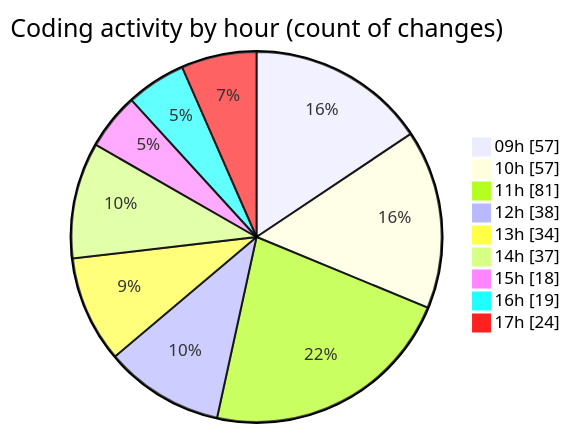
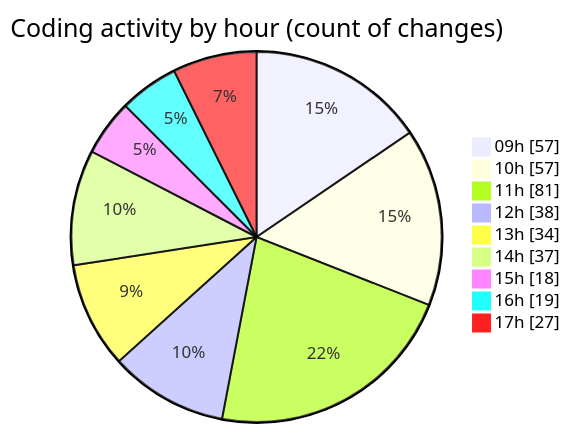
Before and after one commit to momahboobian/code-tracking: the second of 2 diagrams in 2025-09-19/cda/README.md, drawn with Mermaid. The commit also changed other lines of this file and 1 other file, not shown here.

````diff
--- a/2025-09-19/cda/README.md
+++ b/2025-09-19/cda/README.md
@@ -36,13 +36,13 @@
 ```mermaid
 pie showData
 title Coding activity by hour (count of changes)
 "09h" : 57
 "10h" : 57
 "11h" : 81
 "12h" : 38
 "13h" : 34
 "14h" : 37
 "15h" : 18
 "16h" : 19
-"17h" : 24
+"17h" : 27
 ```
````
